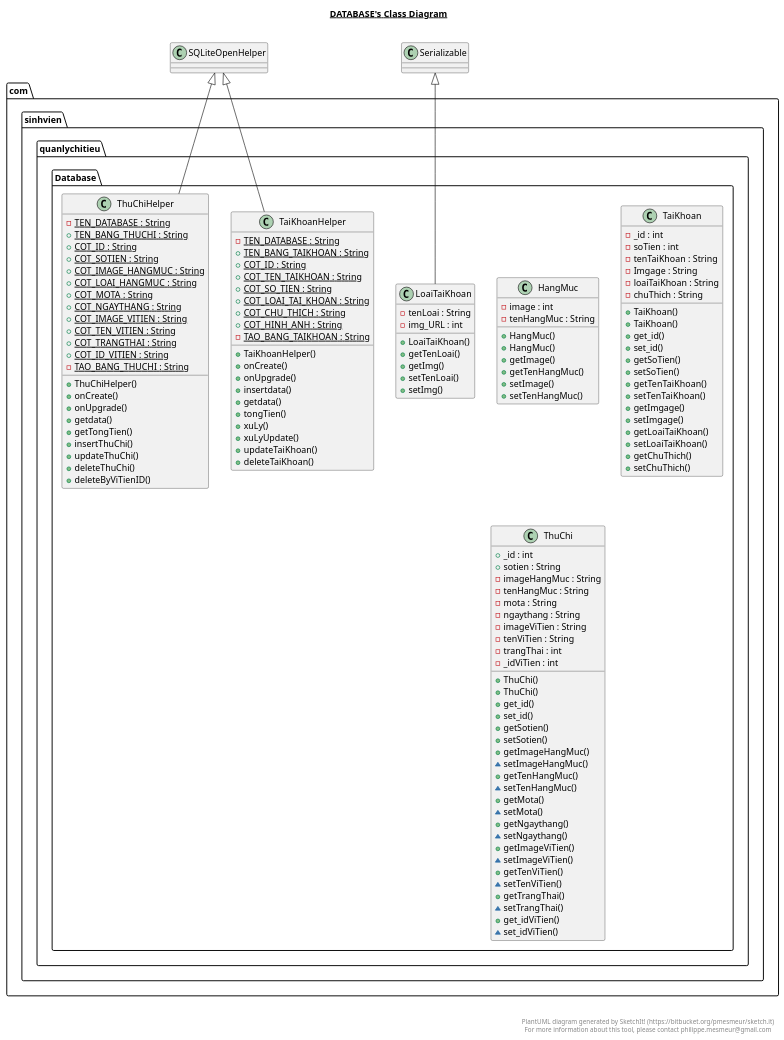
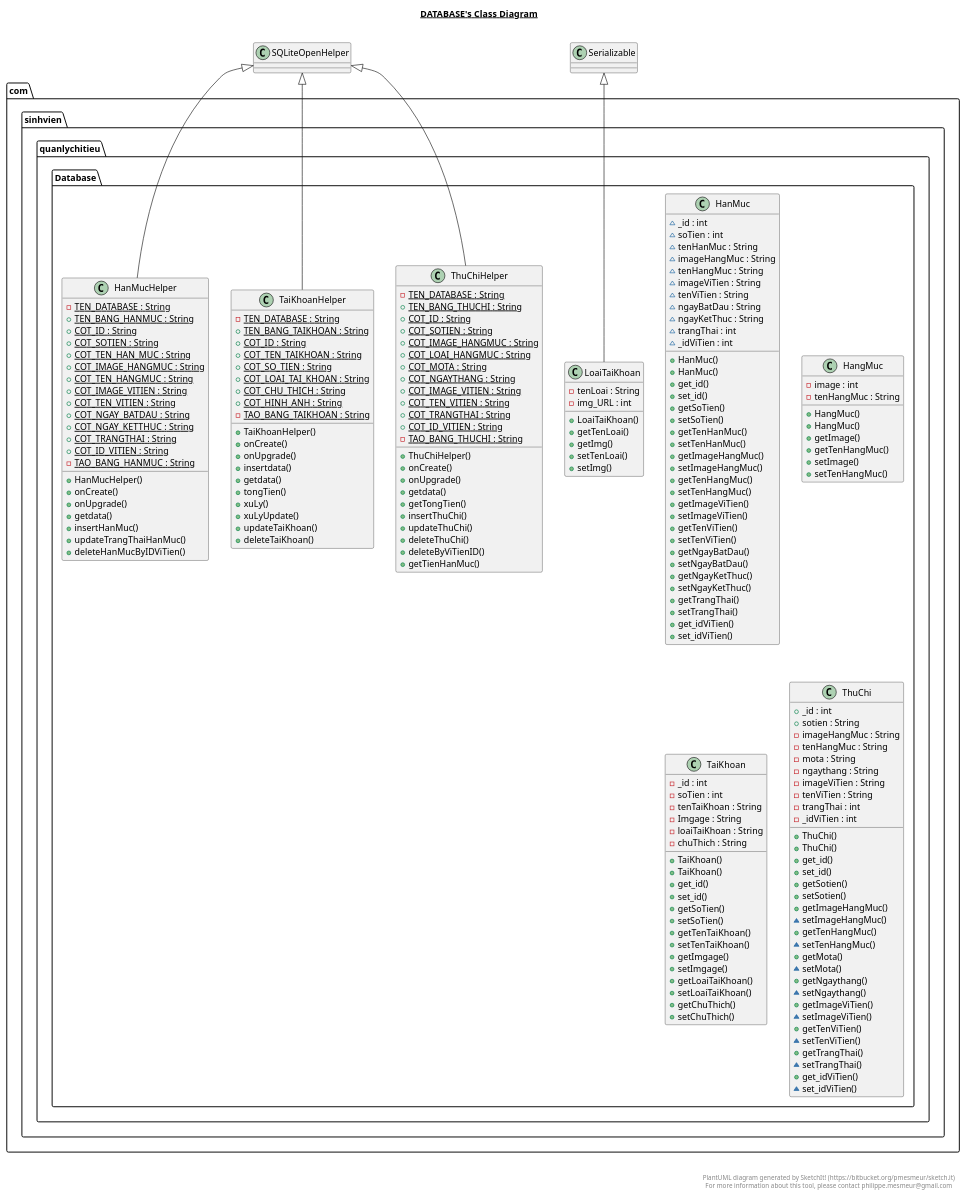
One commit to ncdanh19/QuanLyChiTieu changed the diagram in app/src/main/java/com/sinhvien/quanlychitieu/Database/Database.plantuml. Above: the diagram before and after it, drawn with PlantUML. The commit also changed 49 other files, not shown here.

```diff
--- a/app/src/main/java/com/sinhvien/quanlychitieu/Database/Database.plantuml
+++ b/app/src/main/java/com/sinhvien/quanlychitieu/Database/Database.plantuml
@@ -1,6 +1,78 @@
 @startuml
 
 title __DATABASE's Class Diagram__\n
+
+  package com.sinhvien.quanlychitieu {
+    package com.sinhvien.quanlychitieu.Database {
+      class HanMuc {
+          ~ _id : int
+          ~ soTien : int
+          ~ tenHanMuc : String
+          ~ imageHangMuc : String
+          ~ tenHangMuc : String
+          ~ imageViTien : String
+          ~ tenViTien : String
+          ~ ngayBatDau : String
+          ~ ngayKetThuc : String
+          ~ trangThai : int
+          ~ _idViTien : int
+          + HanMuc()
+          + HanMuc()
+          + get_id()
+          + set_id()
+          + getSoTien()
+          + setSoTien()
+          + getTenHanMuc()
+          + setTenHanMuc()
+          + getImageHangMuc()
+          + setImageHangMuc()
+          + getTenHangMuc()
+          + setTenHangMuc()
+          + getImageViTien()
+          + setImageViTien()
+          + getTenViTien()
+          + setTenViTien()
+          + getNgayBatDau()
+          + setNgayBatDau()
+          + getNgayKetThuc()
+          + setNgayKetThuc()
+          + getTrangThai()
+          + setTrangThai()
+          + get_idViTien()
+          + set_idViTien()
+      }
+    }
+  }
+  
+
+  package com.sinhvien.quanlychitieu {
+    package com.sinhvien.quanlychitieu.Database {
+      class HanMucHelper {
+          {static} - TEN_DATABASE : String
+          {static} + TEN_BANG_HANMUC : String
+          {static} + COT_ID : String
+          {static} + COT_SOTIEN : String
+          {static} + COT_TEN_HAN_MUC : String
+          {static} + COT_IMAGE_HANGMUC : String
+          {static} + COT_TEN_HANGMUC : String
+          {static} + COT_IMAGE_VITIEN : String
+          {static} + COT_TEN_VITIEN : String
+          {static} + COT_NGAY_BATDAU : String
+          {static} + COT_NGAY_KETTHUC : String
+          {static} + COT_TRANGTHAI : String
+          {static} + COT_ID_VITIEN : String
+          {static} - TAO_BANG_HANMUC : String
+          + HanMucHelper()
+          + onCreate()
+          + onUpgrade()
+          + getdata()
+          + insertHanMuc()
+          + updateTrangThaiHanMuc()
+          + deleteHanMucByIDViTien()
+      }
+    }
+  }
+  
 
   package com.sinhvien.quanlychitieu {
     package com.sinhvien.quanlychitieu.Database {
@@ -153,11 +225,13 @@
           + updateThuChi()
           + deleteThuChi()
           + deleteByViTienID()
+          + getTienHanMuc()
       }
     }
   }
   
 
+  HanMucHelper -up-|> SQLiteOpenHelper
   LoaiTaiKhoan -up-|> Serializable
   TaiKhoanHelper -up-|> SQLiteOpenHelper
   ThuChiHelper -up-|> SQLiteOpenHelper
```
